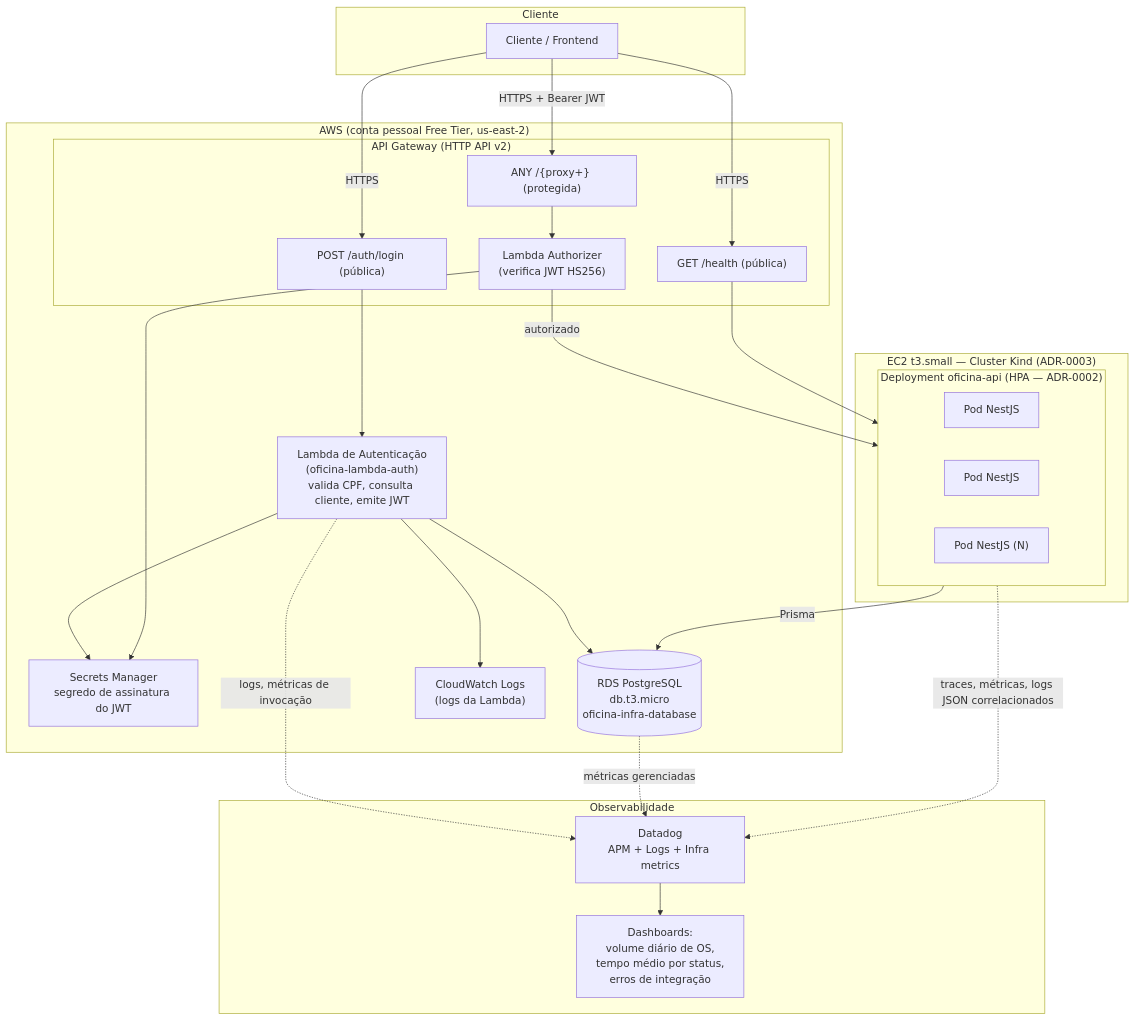
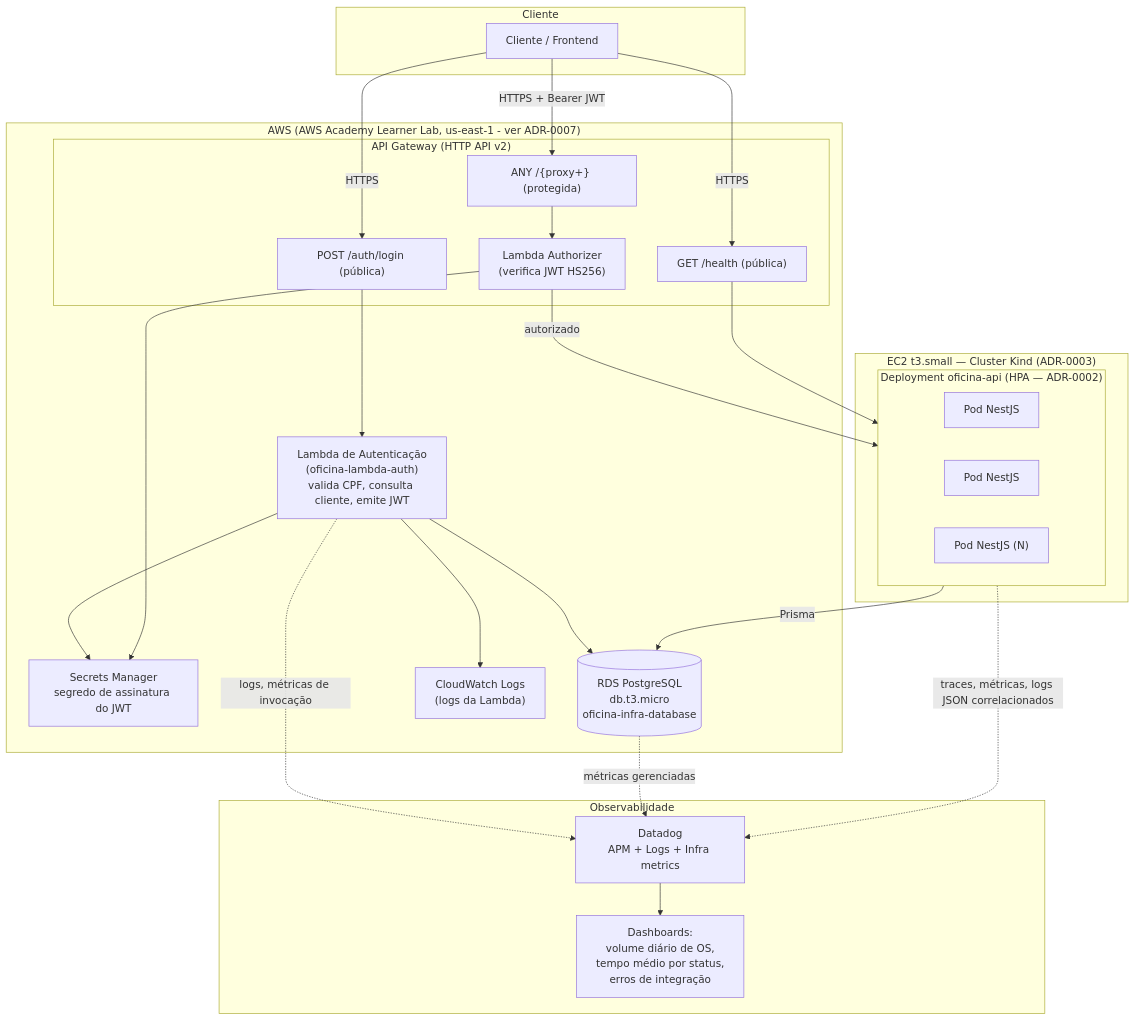
The diagram in docs/architecture-components.md (Williamnasci/oficina-api), drawn with Mermaid before and after one commit. The commit also changed 7 other files, not shown here.

First line of the commit message:
fix: update() overwriting concurrent item totals, stale AWS Academy docs (#24)

````diff
--- a/docs/architecture-components.md
+++ b/docs/architecture-components.md
@@ -5,57 +5,57 @@
 ```mermaid
 graph TB
     subgraph Cliente
         C[Cliente / Frontend]
     end
 
-    subgraph AWS["AWS (conta pessoal Free Tier, us-east-2)"]
+    subgraph AWS["AWS (AWS Academy Learner Lab, us-east-1 - ver ADR-0007)"]
         subgraph GW["API Gateway (HTTP API v2)"]
             R1["POST /auth/login (pública)"]
             R2["GET /health (pública)"]
             R3["ANY /{proxy+} (protegida)"]
             AZ["Lambda Authorizer<br/>(verifica JWT HS256)"]
         end
 
         L["Lambda de Autenticação<br/>(oficina-lambda-auth)<br/>valida CPF, consulta cliente, emite JWT"]
 
         SM["Secrets Manager<br/>segredo de assinatura do JWT"]
 
         RDS[("RDS PostgreSQL<br/>db.t3.micro<br/>oficina-infra-database")]
 
         CW["CloudWatch Logs<br/>(logs da Lambda)"]
     end
 
     subgraph K8S["EC2 t3.small — Cluster Kind (ADR-0003)"]
         subgraph Deploy["Deployment oficina-api (HPA — ADR-0002)"]
             P1[Pod NestJS]
             P2[Pod NestJS]
             PN["Pod NestJS (N)"]
         end
     end
 
     subgraph OBS["Observabilidade"]
         DD["Datadog<br/>APM + Logs + Infra metrics"]
         DASH["Dashboards:<br/>volume diário de OS,<br/>tempo médio por status,<br/>erros de integração"]
     end
 
     C -->|HTTPS| R1
     C -->|HTTPS| R2
     C -->|HTTPS + Bearer JWT| R3
 
     R1 --> L
     L --> RDS
     L --> SM
     L --> CW
 
     R3 --> AZ
     AZ --> SM
     AZ -->|autorizado| Deploy
     R2 --> Deploy
 
     Deploy -->|Prisma| RDS
 
     Deploy -.->|traces, métricas, logs JSON correlacionados| DD
     L -.->|logs, métricas de invocação| DD
     RDS -.->|métricas gerenciadas| DD
     DD --> DASH
 ```
````
